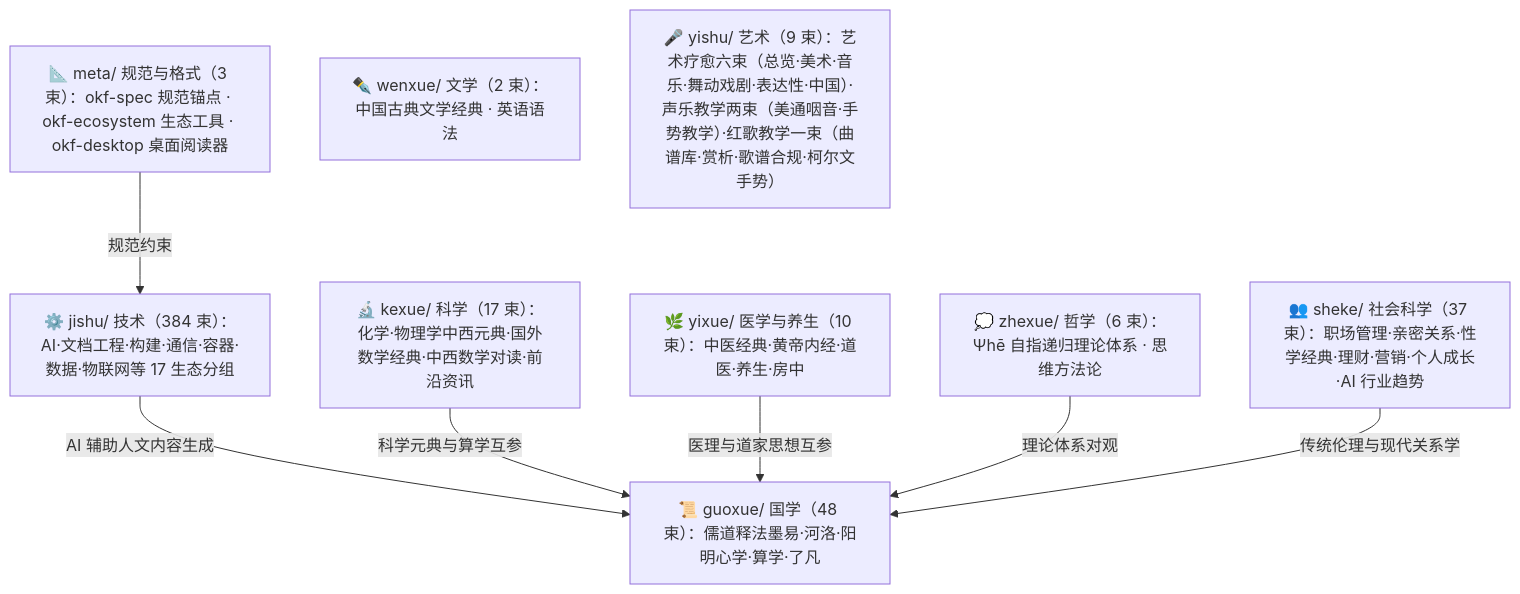
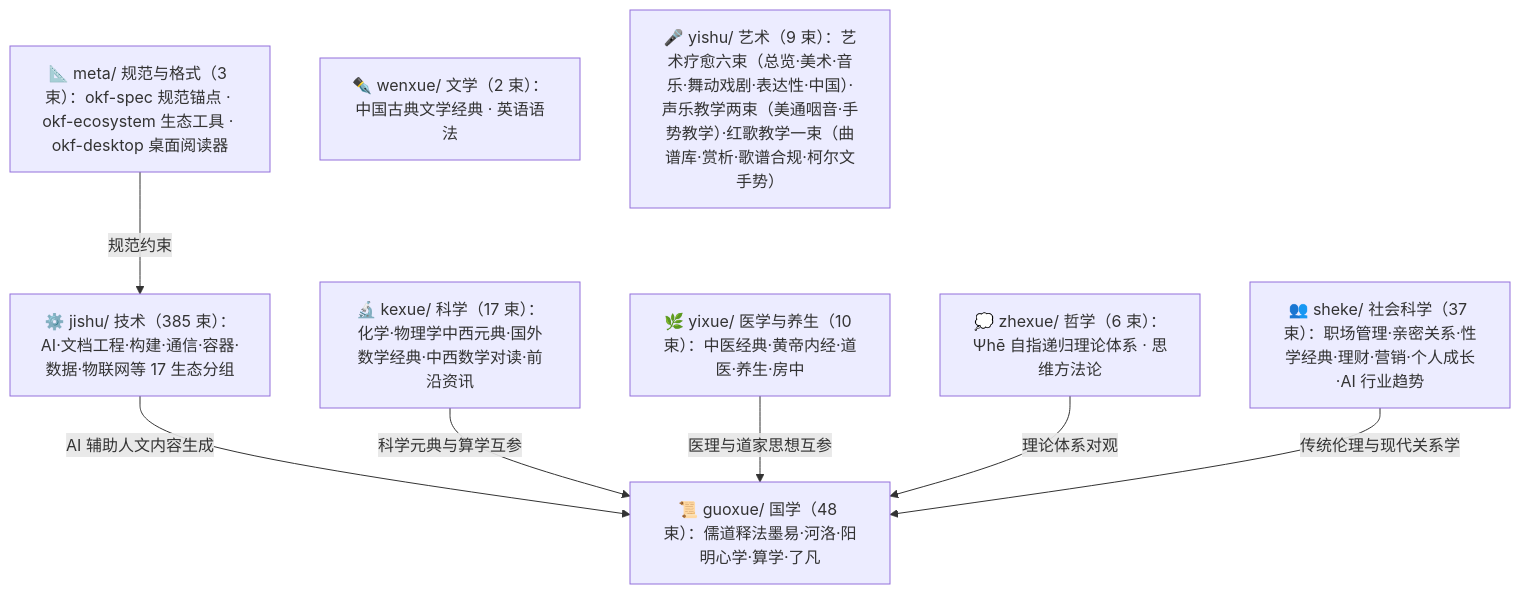
The diagram in doc/bundles/index.md (awesome-flexloop/awesome-okf), drawn with Mermaid before and after one commit. The commit also changed other lines of this file and 11 other files, not shown here.

````diff
--- a/doc/bundles/index.md
+++ b/doc/bundles/index.md
@@ -21,18 +21,18 @@
 ```mermaid
 flowchart TD
     meta["📐 meta/ 规范与格式（3 束）：okf-spec 规范锚点 · okf-ecosystem 生态工具 · okf-desktop 桌面阅读器"]
     guoxue["📜 guoxue/ 国学（48 束）：儒道释法墨易·河洛·阳明心学·算学·了凡"]
     zhexue["💭 zhexue/ 哲学（6 束）：Ψhē 自指递归理论体系 · 思维方法论"]
     kexue["🔬 kexue/ 科学（17 束）：化学·物理学中西元典·国外数学经典·中西数学对读·前沿资讯"]
     wenxue["✒️ wenxue/ 文学（2 束）：中国古典文学经典 · 英语语法"]
     yixue["🌿 yixue/ 医学与养生（10 束）：中医经典·黄帝内经·道医·养生·房中"]
     sheke["👥 sheke/ 社会科学（37 束）：职场管理·亲密关系·性学经典·理财·营销·个人成长·AI 行业趋势"]
     yishu["🎤 yishu/ 艺术（9 束）：艺术疗愈六束（总览·美术·音乐·舞动戏剧·表达性·中国）·声乐教学两束（美通咽音·手势教学）·红歌教学一束（曲谱库·赏析·歌谱合规·柯尔文手势）"]
-    jishu["⚙️ jishu/ 技术（384 束）：AI·文档工程·构建·通信·容器·数据·物联网等 17 生态分组"]
+    jishu["⚙️ jishu/ 技术（385 束）：AI·文档工程·构建·通信·容器·数据·物联网等 17 生态分组"]
     meta -->|"规范约束"| jishu
     jishu -->|"AI 辅助人文内容生成"| guoxue
     kexue -->|"科学元典与算学互参"| guoxue
     yixue -->|"医理与道家思想互参"| guoxue
     zhexue -->|"理论体系对观"| guoxue
     sheke -->|"传统伦理与现代关系学"| guoxue
 ```
````
